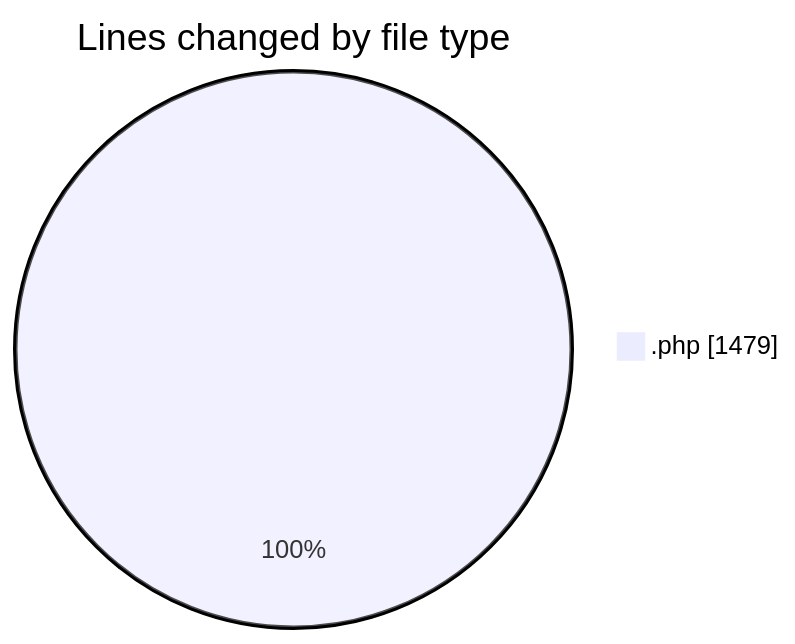
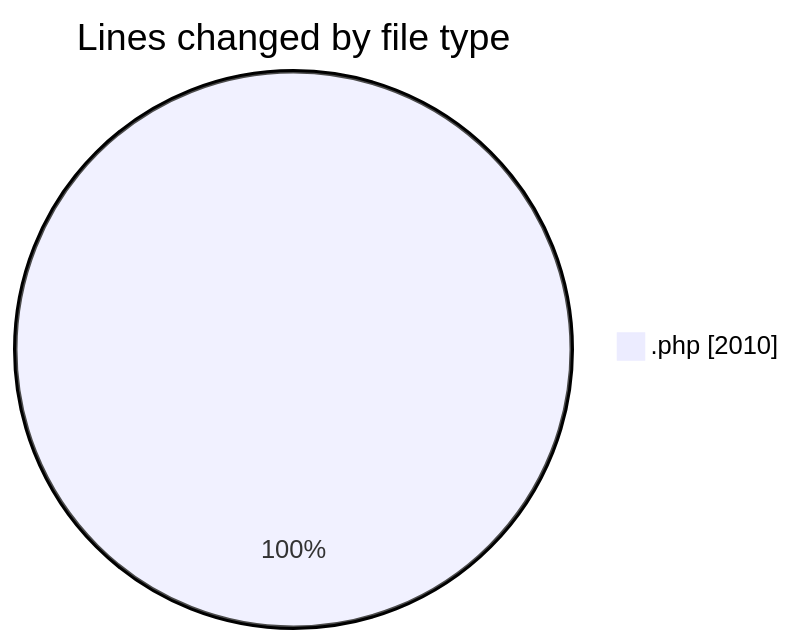
One commit to vahidmafi/code-tracking changed the first of 2 diagrams in 2025-10-04/shop/README.md. Above: the diagram before and after it, drawn with Mermaid. The commit also changed other lines of this file and 1 other file, not shown here.

````diff
--- a/2025-10-04/shop/README.md
+++ b/2025-10-04/shop/README.md
@@ -24,5 +26,5 @@
 ```mermaid
 pie showData
 title Lines changed by file type
-".php" : 1479
+".php" : 2010
 ```
````
